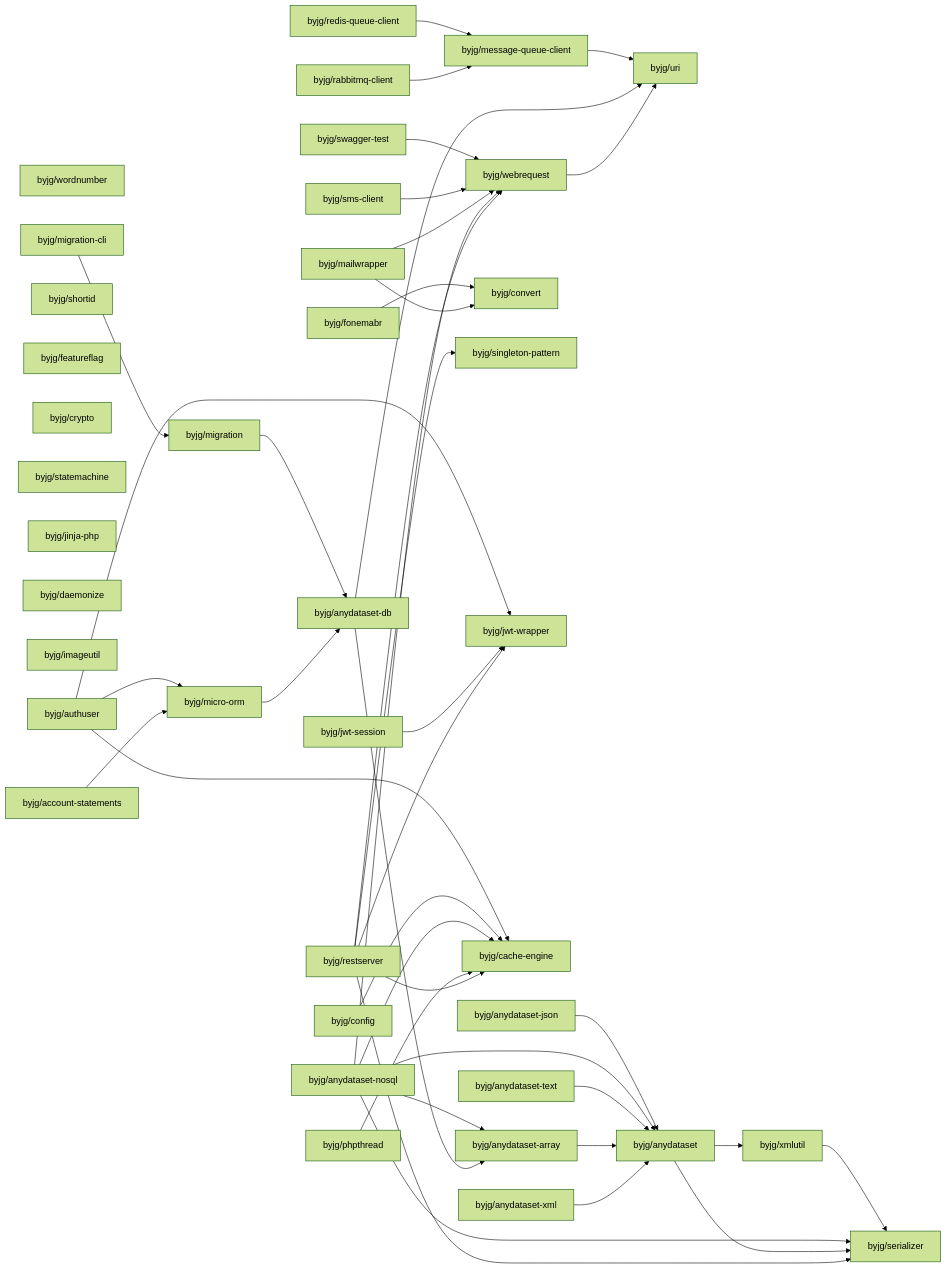
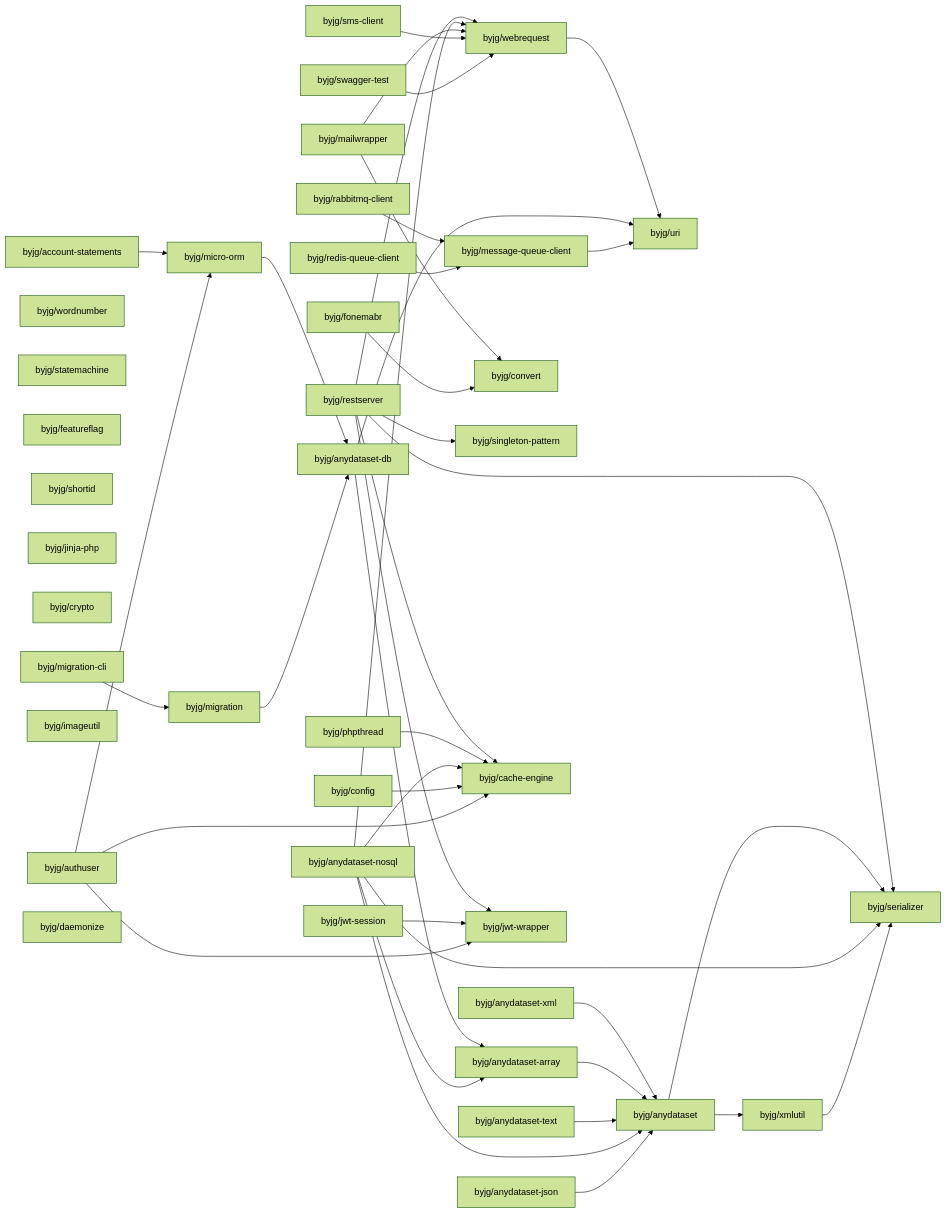
The diagram in docs/php/README.md (byjg/byjg.github.io), drawn with Mermaid (forest theme) before and after one commit. The commit also changed other lines of this file, not shown here.

Commit message:
Update documentation 'php' 'php-webrequest'

````diff
--- a/docs/php/README.md
+++ b/docs/php/README.md
@@ -3,80 +3,80 @@
 ```mermaid
 graph LR;
+  byjg/swagger-test;
+  byjg/rabbitmq-client;
+  byjg/migration-cli;
   byjg/phpthread;
   byjg/wordnumber;
+  byjg/statemachine;
+  byjg/config;
+  byjg/featureflag;
+  byjg/sms-client;
+  byjg/mailwrapper;
+  byjg/anydataset-xml;
+  byjg/fonemabr;
+  byjg/shortid;
+  byjg/jwt-session;
+  byjg/restserver;
+  byjg/jinja-php;
+  byjg/anydataset-text;
+  byjg/crypto;
+  byjg/anydataset-nosql;
+  byjg/anydataset-json;
+  byjg/account-statements;
+  byjg/imageutil;
   byjg/authuser;
-  byjg/mailwrapper;
-  byjg/fonemabr;
-  byjg/config;
-  byjg/anydataset-text;
-  byjg/shortid;
-  byjg/swagger-test;
-  byjg/featureflag;
-  byjg/anydataset-xml;
-  byjg/crypto;
-  byjg/statemachine;
-  byjg/restserver;
+  byjg/daemonize;
   byjg/redis-queue-client;
-  byjg/jwt-session;
-  byjg/jinja-php;
-  byjg/daemonize;
-  byjg/anydataset-json;
-  byjg/imageutil;
-  byjg/account-statements;
-  byjg/anydataset-nosql;
-  byjg/rabbitmq-client;
-  byjg/migration-cli;
-  byjg/sms-client;
+  byjg/migration;
   byjg/convert;
   byjg/singleton-pattern;
-  byjg/jwt-wrapper;
+  byjg/webrequest;
   byjg/micro-orm;
   byjg/cache-engine;
+  byjg/jwt-wrapper;
   byjg/message-queue-client;
-  byjg/migration;
-  byjg/webrequest;
   byjg/anydataset-db;
   byjg/anydataset-array;
   byjg/uri;
   byjg/anydataset;
   byjg/xmlutil;
   byjg/serializer;
   byjg/migration --> byjg/anydataset-db;
   byjg/fonemabr --> byjg/convert;
   byjg/swagger-test --> byjg/webrequest;
   byjg/authuser --> byjg/micro-orm;
   byjg/authuser --> byjg/cache-engine;
   byjg/authuser --> byjg/jwt-wrapper;
   byjg/config --> byjg/cache-engine;
   byjg/message-queue-client --> byjg/uri;
   byjg/sms-client --> byjg/webrequest;
   byjg/xmlutil --> byjg/serializer;
   byjg/anydataset-json --> byjg/anydataset;
   byjg/mailwrapper --> byjg/convert;
   byjg/mailwrapper --> byjg/webrequest;
   byjg/anydataset-nosql --> byjg/anydataset;
   byjg/anydataset-nosql --> byjg/anydataset-array;
   byjg/anydataset-nosql --> byjg/serializer;
   byjg/anydataset-nosql --> byjg/webrequest;
   byjg/anydataset-nosql --> byjg/cache-engine;
   byjg/migration-cli --> byjg/migration;
   byjg/redis-queue-client --> byjg/message-queue-client;
   byjg/jwt-session --> byjg/jwt-wrapper;
   byjg/anydataset --> byjg/serializer;
   byjg/anydataset --> byjg/xmlutil;
   byjg/anydataset-db --> byjg/anydataset-array;
   byjg/anydataset-db --> byjg/uri;
   byjg/phpthread --> byjg/cache-engine;
   byjg/anydataset-text --> byjg/anydataset;
   byjg/restserver --> byjg/serializer;
   byjg/restserver --> byjg/singleton-pattern;
   byjg/restserver --> byjg/cache-engine;
   byjg/restserver --> byjg/webrequest;
   byjg/restserver --> byjg/jwt-wrapper;
   byjg/account-statements --> byjg/micro-orm;
   byjg/webrequest --> byjg/uri;
   byjg/micro-orm --> byjg/anydataset-db;
   byjg/anydataset-array --> byjg/anydataset;
   byjg/anydataset-xml --> byjg/anydataset;
   byjg/rabbitmq-client --> byjg/message-queue-client;
 ```
````
